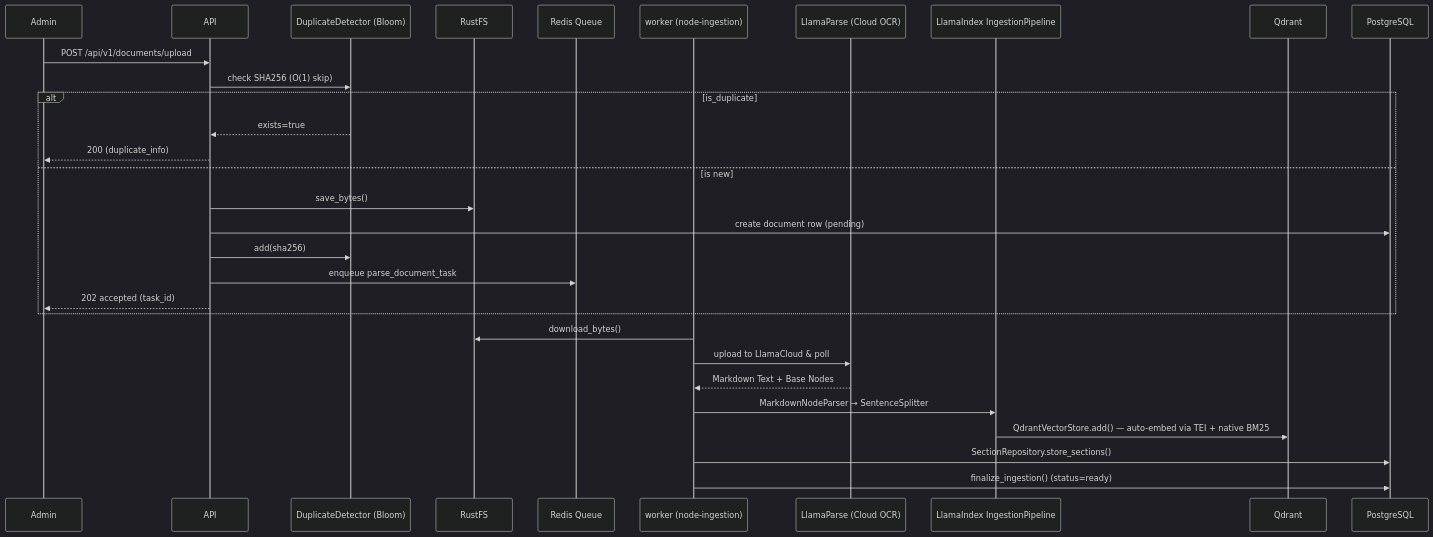
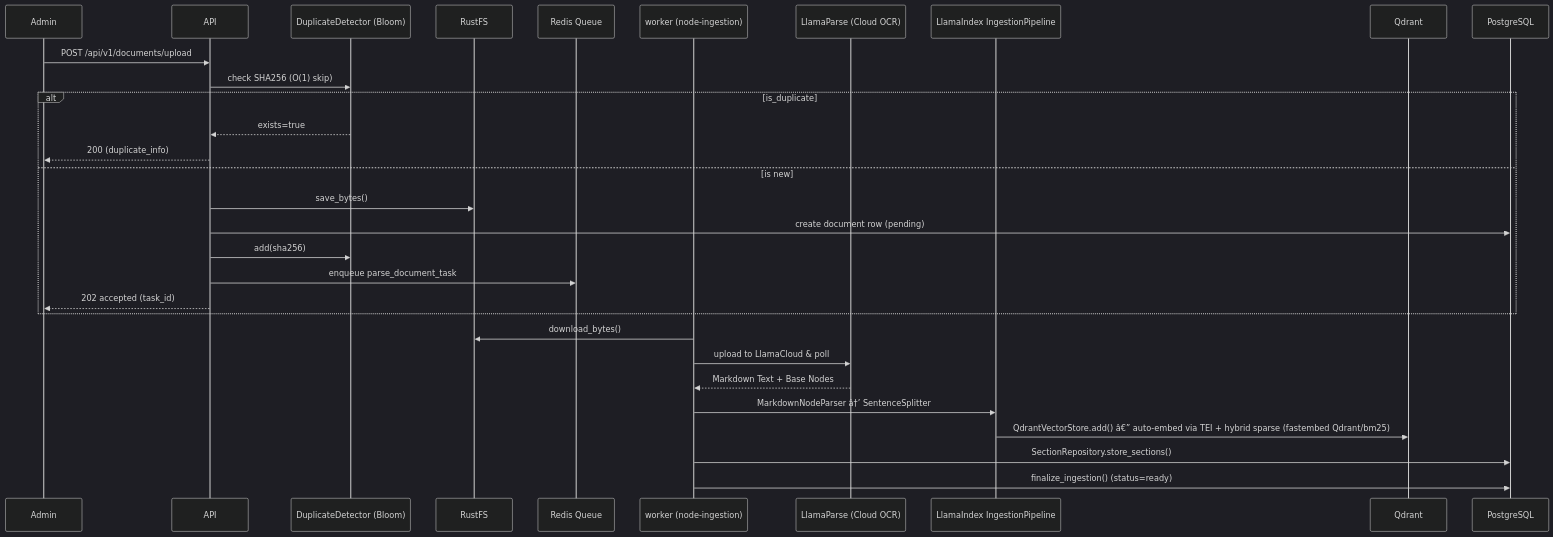
Before and after one commit to qtuanph/chatbot-rag: the first of 2 diagrams in docs/2.1_WORKFLOWS_INGESTION.md, drawn with Mermaid (dark theme). The commit also changed other lines of this file and 37 other files, not shown here.

````diff
--- a/docs/2.1_WORKFLOWS_INGESTION.md
+++ b/docs/2.1_WORKFLOWS_INGESTION.md
@@ -5,34 +5,34 @@
 ```mermaid
 sequenceDiagram
     participant Admin
     participant API
     participant Bloom as DuplicateDetector (Bloom)
     participant Storage as RustFS
     participant Queue as Redis Queue
     participant Worker as worker (node-ingestion)
     participant Parser as LlamaParse (Cloud OCR)
     participant LiPipeline as LlamaIndex IngestionPipeline
     participant Qdrant
     participant DB as PostgreSQL
 
     Admin->>API: POST /api/v1/documents/upload
     API->>Bloom: check SHA256 (O(1) skip)
     alt is_duplicate
         Bloom-->>API: exists=true
         API-->>Admin: 200 (duplicate_info)
     else is new
         API->>Storage: save_bytes()
         API->>DB: create document row (pending)
         API->>Bloom: add(sha256)
         API->>Queue: enqueue parse_document_task
         API-->>Admin: 202 accepted (task_id)
     end
 
     Worker->>Storage: download_bytes()
     Worker->>Parser: upload to LlamaCloud & poll
     Parser-->>Worker: Markdown Text + Base Nodes
-    Worker->>LiPipeline: MarkdownNodeParser → SentenceSplitter
-    LiPipeline->>Qdrant: QdrantVectorStore.add() — auto-embed via TEI + native BM25
+    Worker->>LiPipeline: MarkdownNodeParser â†’ SentenceSplitter
+    LiPipeline->>Qdrant: QdrantVectorStore.add() â€” auto-embed via TEI + hybrid sparse (fastembed Qdrant/bm25)
     Worker->>DB: SectionRepository.store_sections()
     Worker->>DB: finalize_ingestion() (status=ready)
 ```
````
